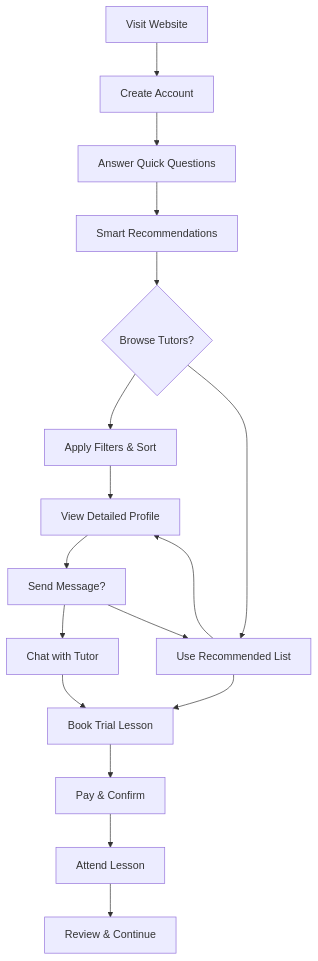
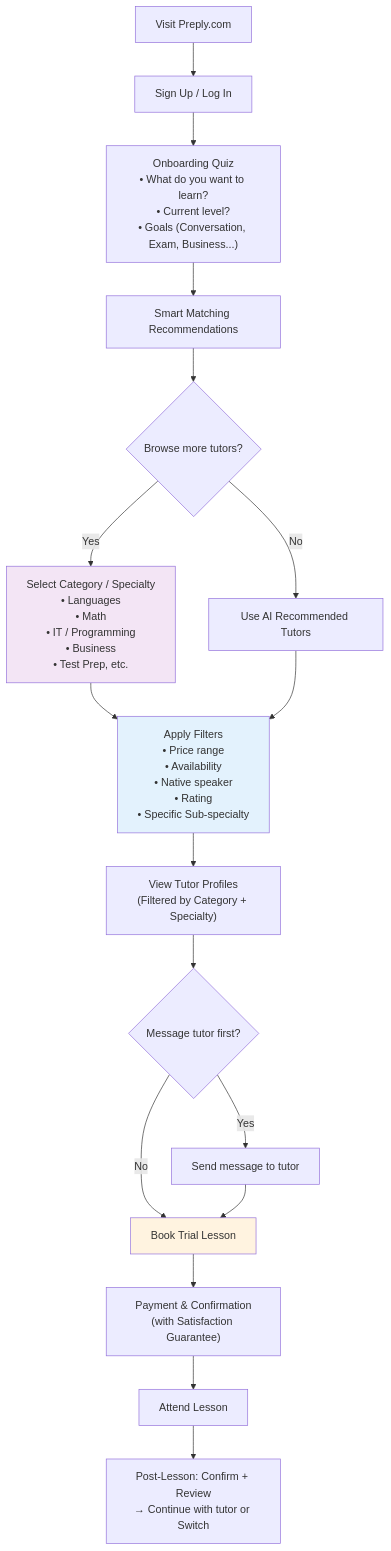
One commit to MehranDHN/HerzfeldDocuments changed the fourth of 11 diagrams in data/UIUXWorkflow.md. Above: the diagram before and after it, drawn with Mermaid. The commit also changed other lines of this file, not shown here.

````diff
--- a/data/UIUXWorkflow.md
+++ b/data/UIUXWorkflow.md
@@ -98,18 +98,37 @@
 ```mermaid
 flowchart TD
-    Start[Visit Website] --> Signup[Create Account]
-    Signup --> Quiz[Answer Quick Questions]
-    Quiz --> Match[Smart Recommendations]
+    Start["Visit Preply.com"] --> Signup["Sign Up / Log In"]
+
+    Signup --> Quiz["Onboarding Quiz<br>• What do you want to learn?<br>• Current level?<br>• Goals (Conversation, Exam, Business...)"]
+
+    Quiz --> Matching["Smart Matching Recommendations"]
+
+    Matching --> Browse{"Browse more tutors?"}
     
-    Match --> Browse{Browse Tutors?}
-    Browse --> YesFilter[Apply Filters & Sort] --> Profile[View Detailed Profile]
-    Browse --> No[Use Recommended List] --> Profile
+    Browse -->|Yes| CategorySelect["Select Category / Specialty<br>• Languages<br>• Math<br>• IT / Programming<br>• Business<br>• Test Prep, etc."]
     
-    Profile --> Message[Send Message?]
-    Message --> YesMsg[Chat with Tutor] --> Book
-    Message --> No --> Book
+    Browse -->|No| UseRecommended["Use AI Recommended Tutors"]
+
+    CategorySelect --> Filters["Apply Filters<br>• Price range<br>• Availability<br>• Native speaker<br>• Rating<br>• Specific Sub-specialty"]
+
+    UseRecommended --> Filters
+
+    Filters --> Profiles["View Tutor Profiles<br>(Filtered by Category + Specialty)"]
+
+    Profiles --> Message{"Message tutor first?"}
     
-    Book[Book Trial Lesson] --> Pay[Pay & Confirm]
-    Pay --> Lesson[Attend Lesson]
-    Lesson --> Review[Review & Continue]
+    Message -->|Yes| Chat["Send message to tutor"]
+    Message -->|No| Book["Book Trial Lesson"]
+
+    Chat --> Book
+
+    Book --> Payment["Payment & Confirmation<br>(with Satisfaction Guarantee)"]
+
+    Payment --> Lesson["Attend Lesson"]
+
+    Lesson --> Review["Post-Lesson: Confirm + Review<br>→ Continue with tutor or Switch"]
+
+    style CategorySelect fill:#f3e5f5
+    style Filters fill:#e3f2fd
+    style Book fill:#fff3e0
 ```
````
